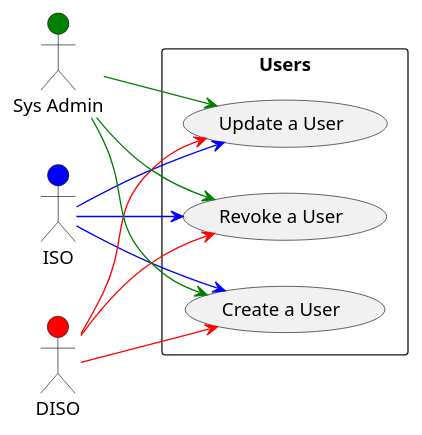
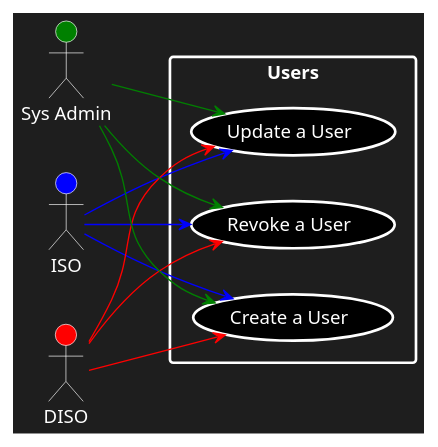
Before and after one commit to COS301-SE-2023/InfoSafe: the diagram in Documentation/Diagrams/Users.puml, drawn with PlantUML.

Commit message:
Updated Users Usecase diagram

```diff
--- a/Documentation/Diagrams/Users.puml
+++ b/Documentation/Diagrams/Users.puml
@@ -1,20 +1,21 @@
 @startuml
+skinparam backgroundColor #1e1e1e
 left to right direction
-actor "ISO" as iso #blue
-actor "DISO" as diso #red
-actor "Sys Admin" as sa #green
-rectangle Users {
-  usecase "Create a User" as UC1
-  usecase "Update a User" as UC2
-  usecase "Revoke a User" as UC3
+actor "ISO" as iso #blue;text:white;line:white
+actor "DISO" as diso #red;text:white;line:white
+actor "Sys Admin" as sa #green;text:white;line:white
+rectangle Users #text:white;line.bold;line:white {
+  usecase "Create a User" as UC1 #black;text:white;line.bold;line:white
+  usecase "Update a User" as UC2 #black;text:white;line.bold;line:white
+  usecase "Revoke a User" as UC3 #black;text:white;line.bold;line:white
 }
 iso -[#blue]-> UC1
 iso -[#blue]-> UC2
 iso -[#blue]-> UC3
 diso -[#red]-> UC1
 diso -[#red]-> UC2
 diso -[#red]-> UC3
 sa -[#green]-> UC1
 sa -[#green]-> UC2
 sa -[#green]-> UC3
 @enduml
```
